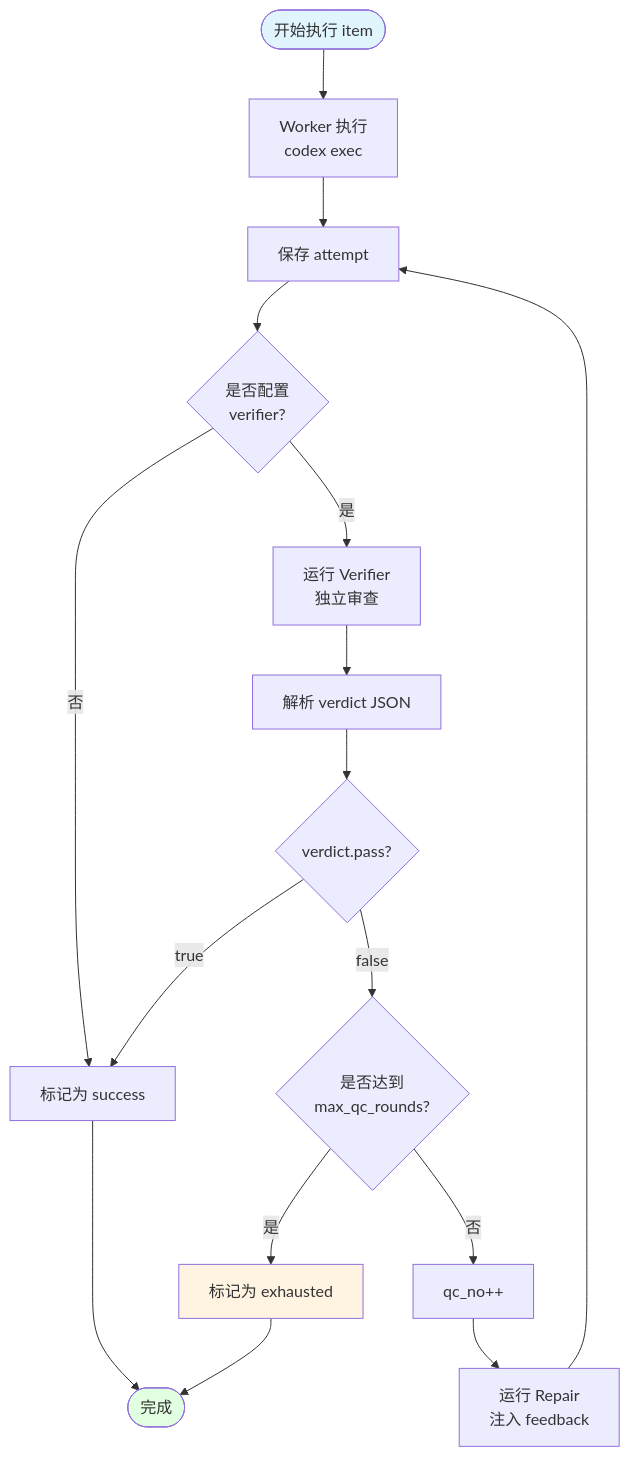
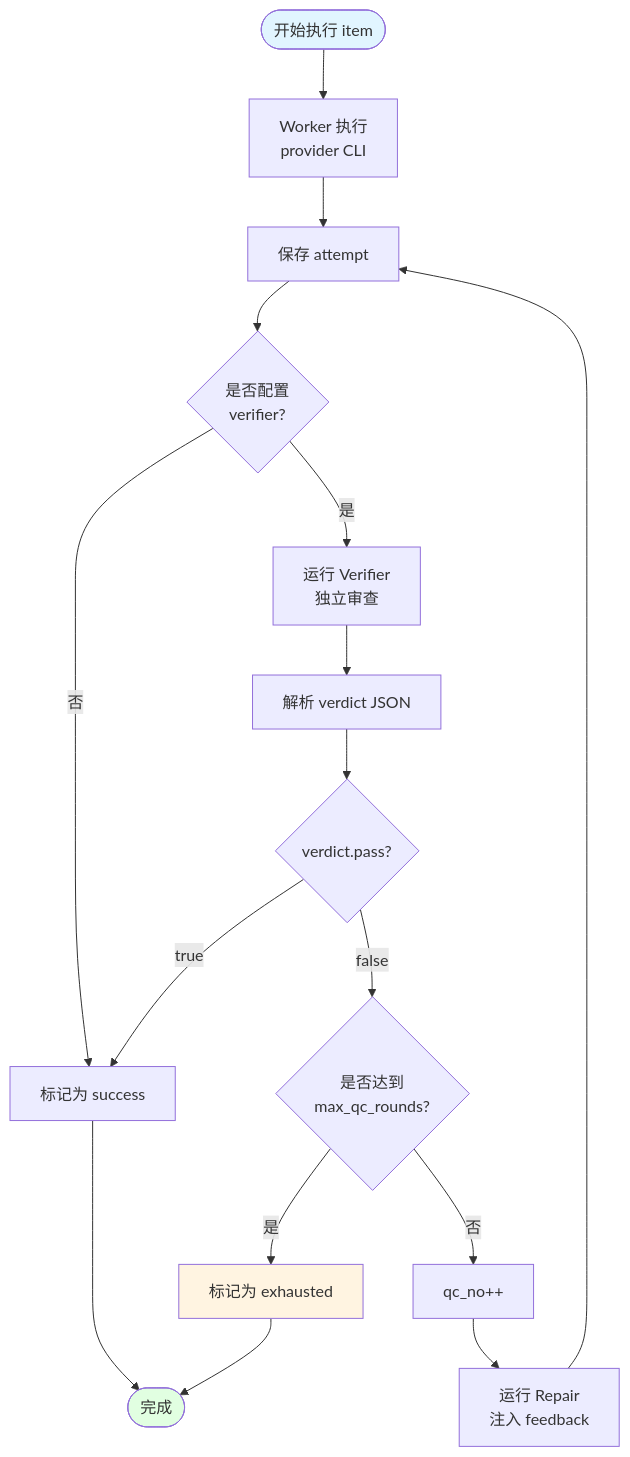
Before and after one commit to limecloud/qcloop: the third of 4 diagrams in docs/PRD.md, drawn with Mermaid. The commit also changed other lines of this file and 29 other files, not shown here.

````diff
--- a/docs/PRD.md
+++ b/docs/PRD.md
@@ -296,28 +296,28 @@
 ```mermaid
 flowchart TD
-    Start([开始执行 item]) --> Worker[Worker 执行<br/>codex exec]
+    Start([开始执行 item]) --> Worker[Worker 执行<br/>provider CLI]
     Worker --> SaveAttempt[保存 attempt]
     SaveAttempt --> CheckVerifier{是否配置<br/>verifier?}
     
     CheckVerifier -->|否| MarkSuccess[标记为 success]
     CheckVerifier -->|是| RunVerifier[运行 Verifier<br/>独立审查]
     
     RunVerifier --> ParseVerdict[解析 verdict JSON]
     ParseVerdict --> CheckPass{verdict.pass?}
     
     CheckPass -->|true| MarkSuccess
     CheckPass -->|false| CheckRounds{是否达到<br/>max_qc_rounds?}
     
     CheckRounds -->|是| MarkExhausted[标记为 exhausted]
     CheckRounds -->|否| IncrementQC[qc_no++]
     
     IncrementQC --> RunRepair[运行 Repair<br/>注入 feedback]
     RunRepair --> SaveAttempt
     
     MarkSuccess --> End([完成])
     MarkExhausted --> End
     
     style Start fill:#e1f5ff
     style End fill:#e1ffe1
     style MarkExhausted fill:#fff4e1
 ```
````
